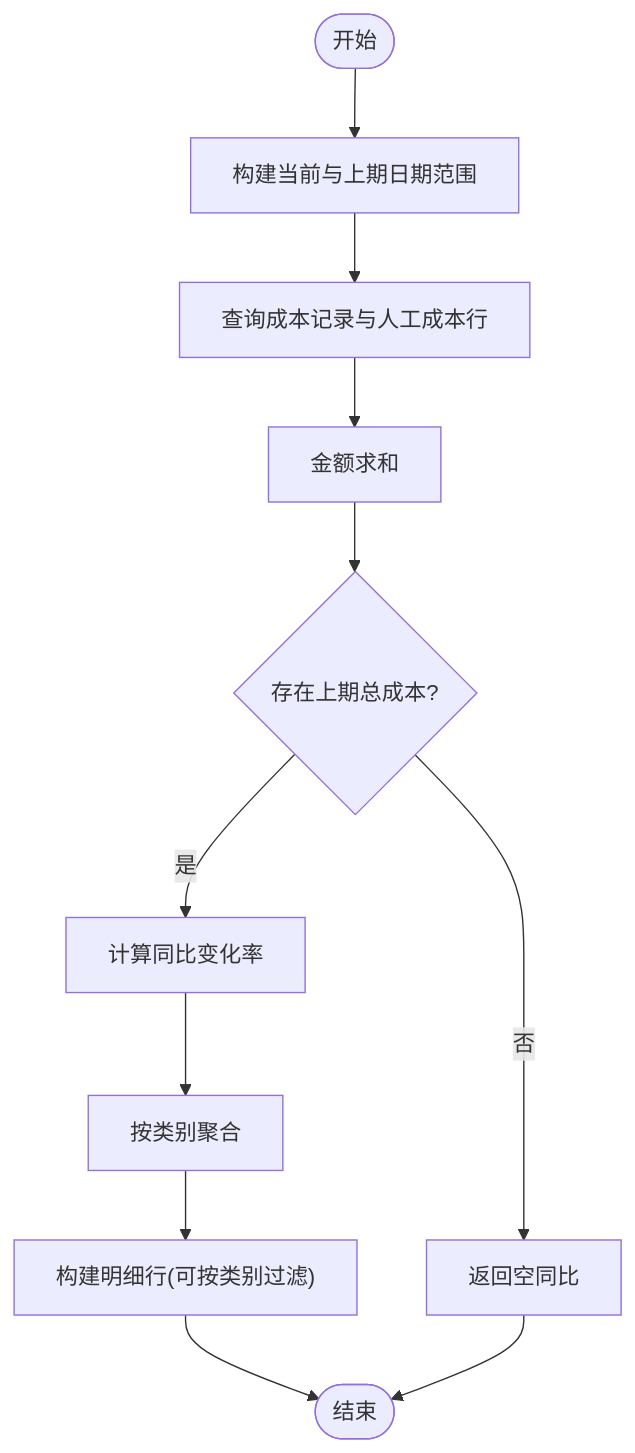
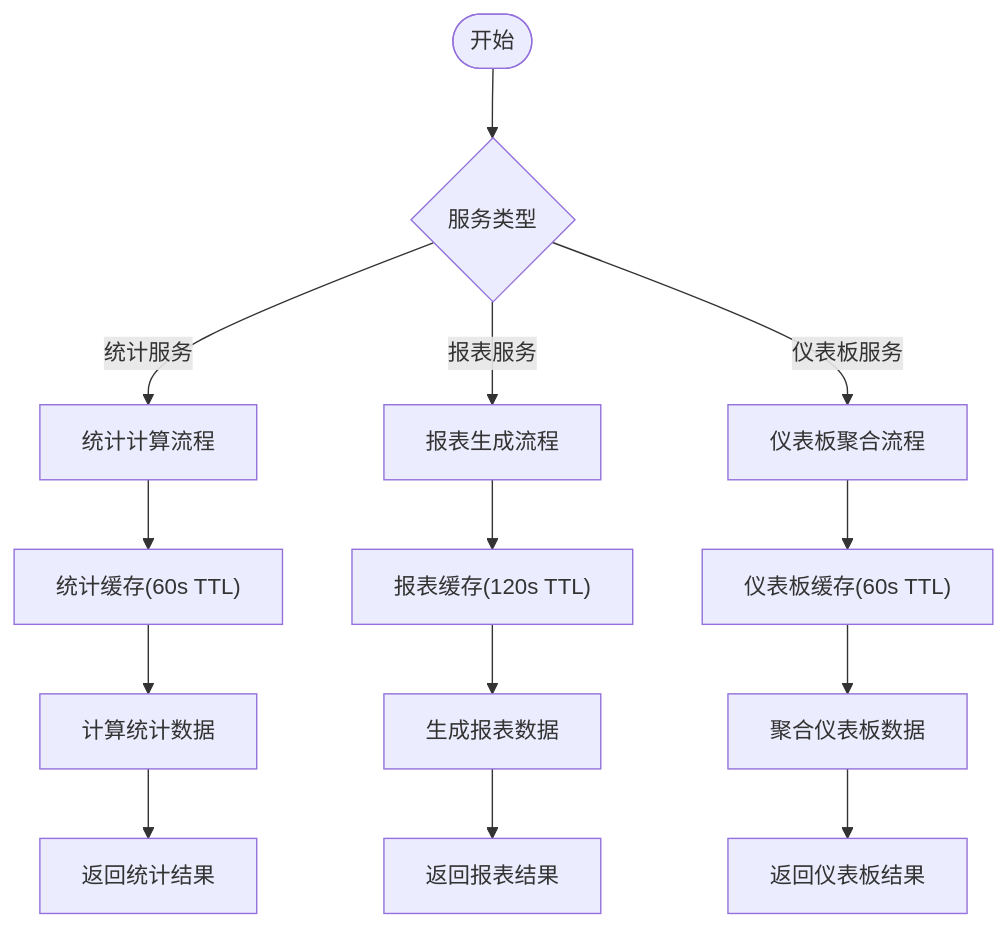
The seventh of 9 diagrams in .qoder/repowiki/zh/content/业务模块/运营管理模块/成本管理.md (rc558620/purelyprofit-server), drawn with Mermaid before and after one commit. The commit also changed other lines of this file and 45 other files, not shown here.

````diff
--- a/.qoder/repowiki/zh/content/业务模块/运营管理模块/成本管理.md
+++ b/.qoder/repowiki/zh/content/业务模块/运营管理模块/成本管理.md
@@ -332,13 +371,16 @@
 ```mermaid
 flowchart TD
-Start(["开始"]) --> BuildRange["构建当前与上期日期范围"]
-BuildRange --> QueryRows["查询成本记录与人工成本行"]
-QueryRows --> SumTotal["金额求和"]
-SumTotal --> CalcCompare{"存在上期总成本?"}
-CalcCompare --> |否| ReturnNull["返回空同比"]
-CalcCompare --> |是| Compare["计算同比变化率"]
-Compare --> BuildCategories["按类别聚合"]
-BuildCategories --> BuildDetail["构建明细行(可按类别过滤)"]
-BuildDetail --> End(["结束"])
-ReturnNull --> End
+Start(["开始"]) --> ServiceType{"服务类型"}
+ServiceType --> |统计服务| StatsFlow["统计计算流程"]
+ServiceType --> |报表服务| ReportFlow["报表生成流程"]
+ServiceType --> |仪表板服务| DashboardFlow["仪表板聚合流程"]
+StatsFlow --> StatsCache["统计缓存(60s TTL)"]
+ReportFlow --> ReportCache["报表缓存(120s TTL)"]
+DashboardFlow --> DashboardCache["仪表板缓存(60s TTL)"]
+StatsCache --> StatsCalc["计算统计数据"]
+ReportCache --> ReportGen["生成报表数据"]
+DashboardCache --> DashboardAgg["聚合仪表板数据"]
+StatsCalc --> StatsResult["返回统计结果"]
+ReportGen --> ReportResult["返回报表结果"]
+DashboardAgg --> DashboardResult["返回仪表板结果"]
 ```
````
